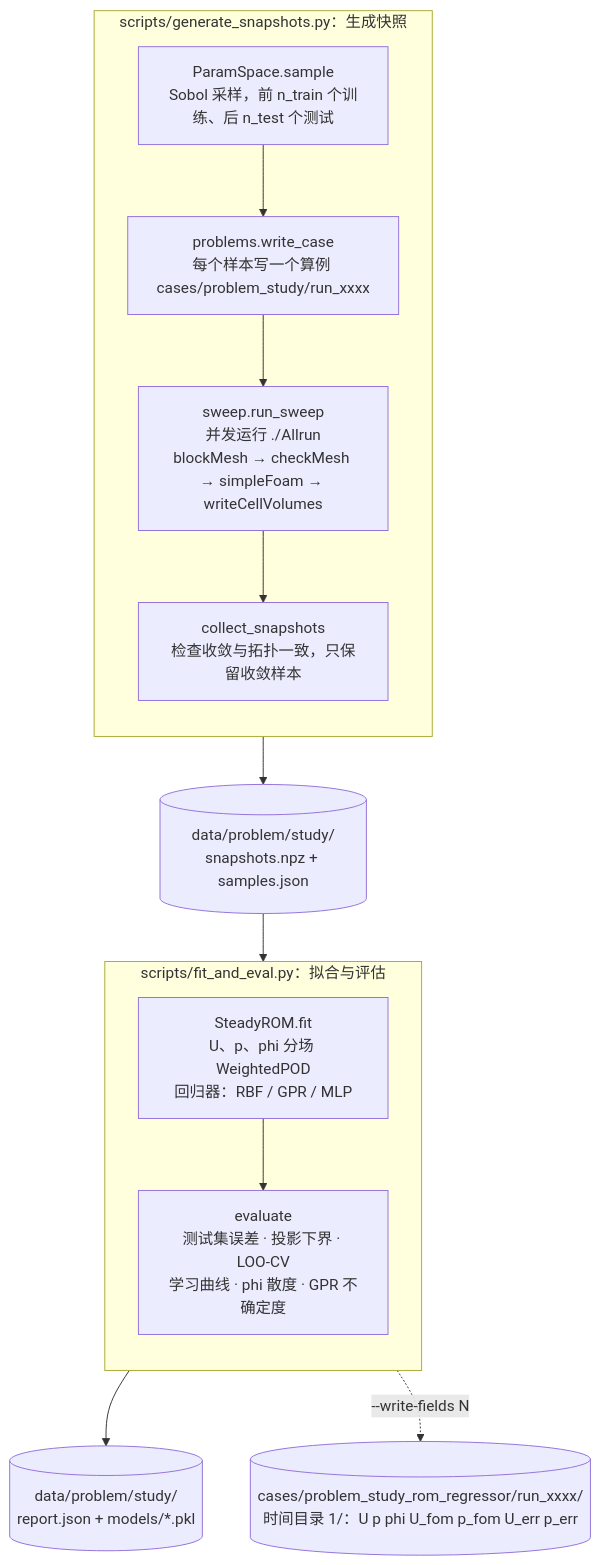
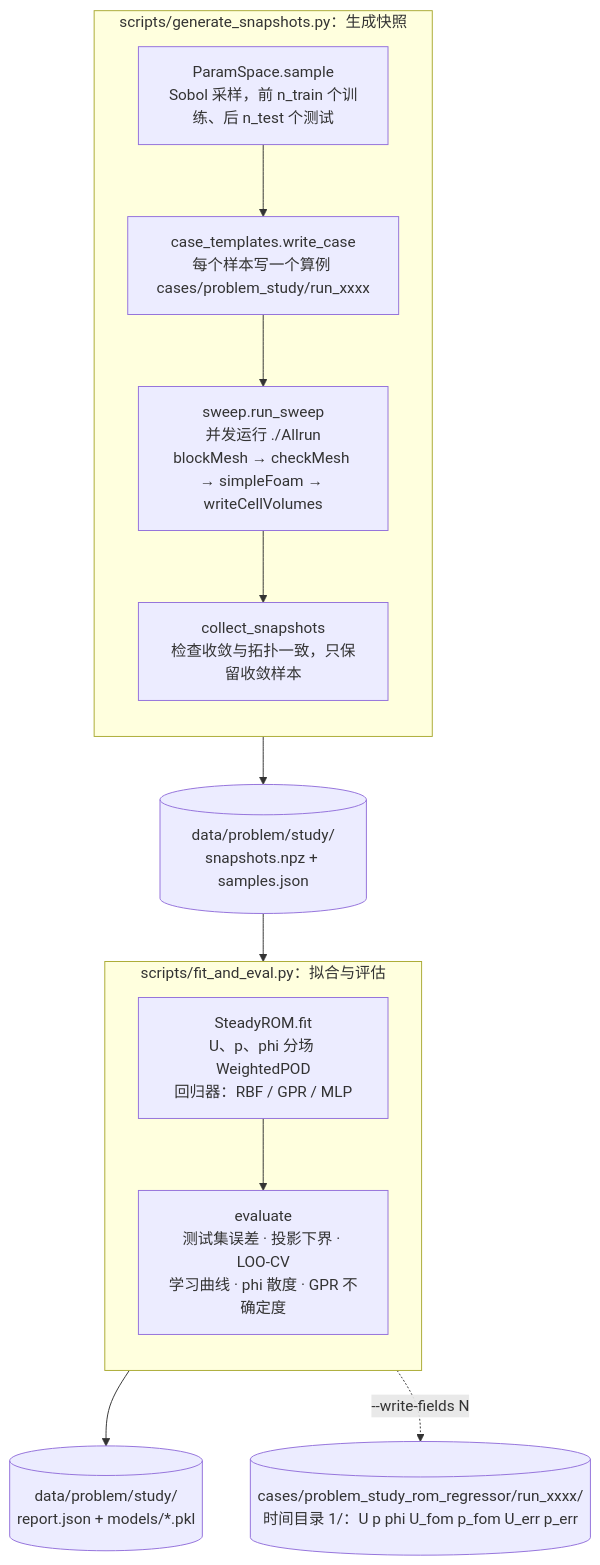
Before and after one commit to GeZiheng/FVM-ROM: the second of 2 diagrams in docs/architecture.md, drawn with Mermaid. The commit also changed other lines of this file and 47 other files, not shown here.

````diff
--- a/docs/architecture.md
+++ b/docs/architecture.md
@@ -110,27 +118,27 @@
 ```mermaid
 flowchart TD
     subgraph GEN["scripts/generate_snapshots.py：生成快照"]
         direction TB
         S1["ParamSpace.sample<br/>Sobol 采样，前 n_train 个训练、后 n_test 个测试"]
-        S2["problems.write_case<br/>每个样本写一个算例 cases/problem_study/run_xxxx"]
+        S2["case_templates.write_case<br/>每个样本写一个算例 cases/problem_study/run_xxxx"]
         S3["sweep.run_sweep<br/>并发运行 ./Allrun<br/>blockMesh → checkMesh → simpleFoam → writeCellVolumes"]
         S4["collect_snapshots<br/>检查收敛与拓扑一致，只保留收敛样本"]
         S1 --> S2 --> S3 --> S4
     end
 
     SNAP[("data/problem/study/<br/>snapshots.npz + samples.json")]
 
     subgraph FIT["scripts/fit_and_eval.py：拟合与评估"]
         direction TB
         F1["SteadyROM.fit<br/>U、p、phi 分场 WeightedPOD<br/>回归器：RBF / GPR / MLP"]
         F2["evaluate<br/>测试集误差 · 投影下界 · LOO-CV<br/>学习曲线 · phi 散度 · GPR 不确定度"]
         F1 --> F2
     end
 
     OUT[("data/problem/study/<br/>report.json + models/*.pkl")]
     ROMCASE[("cases/problem_study_rom_regressor/run_xxxx/<br/>时间目录 1/：U p phi U_fom p_fom U_err p_err")]
 
     S4 --> SNAP --> F1
     F2 --> OUT
     F2 -. "--write-fields N" .-> ROMCASE
 ```
````
